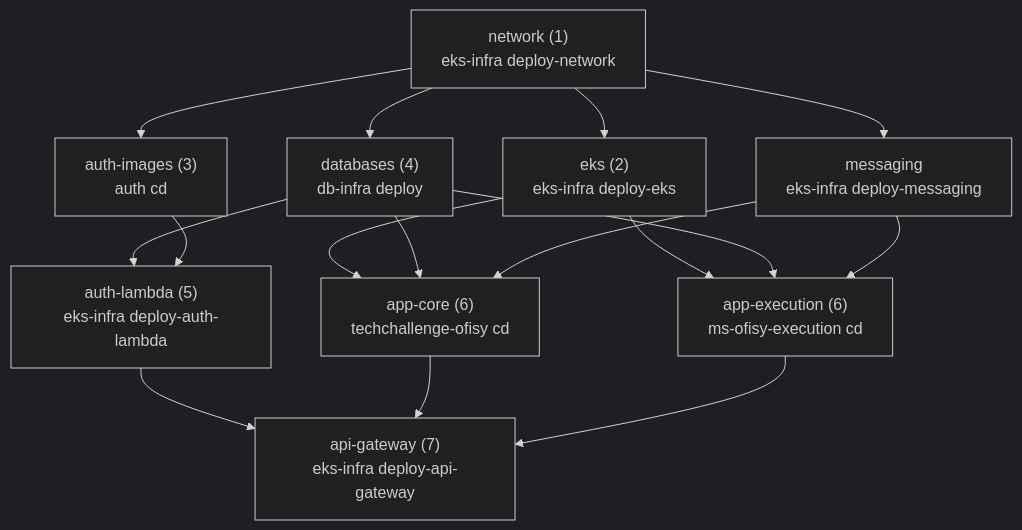
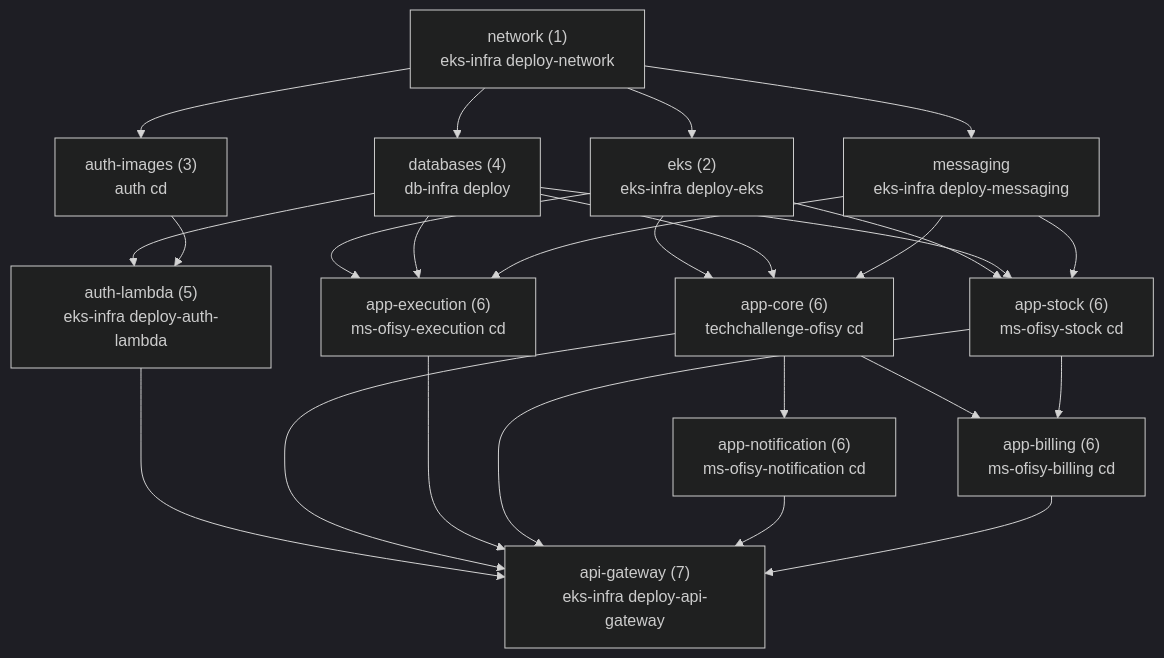
One commit to 15SOAT-FIAP/ofisy-platform changed the first of 2 diagrams in README.md. Above: the diagram before and after it, drawn with Mermaid (dark theme). The commit also changed other lines of this file, not shown here.

Commit message:
docs: documentar a orquestração dos novos microsserviços nos workflows

````diff
--- a/README.md
+++ b/README.md
@@ -16,17 +16,22 @@
 ```mermaid
 flowchart TD
     N["network (1)<br/>eks-infra deploy-network"]
     M["messaging<br/>eks-infra deploy-messaging"]
     E["eks (2)<br/>eks-infra deploy-eks"]
     I["auth-images (3)<br/>auth cd"]
     D["databases (4)<br/>db-infra deploy"]
     L["auth-lambda (5)<br/>eks-infra deploy-auth-lambda"]
     C["app-core (6)<br/>techchallenge-ofisy cd"]
     X["app-execution (6)<br/>ms-ofisy-execution cd"]
+    S["app-stock (6)<br/>ms-ofisy-stock cd"]
+    O["app-notification (6)<br/>ms-ofisy-notification cd"]
+    B["app-billing (6)<br/>ms-ofisy-billing cd"]
     G["api-gateway (7)<br/>eks-infra deploy-api-gateway"]
 
     N --> M & E & I & D
     D & I --> L
-    E & D & M --> C & X
-    L & C & X --> G
+    E & D & M --> C & X & S
+    C --> O
+    C & S --> B
+    L & C & X & S & O & B --> G
 ```
````
